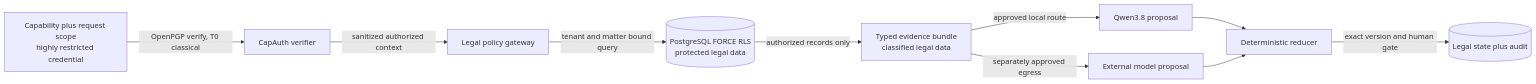
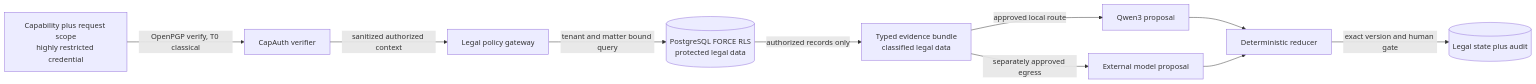
The third of 4 diagrams in SOP.md (jarvis1openclaw/skcapstone), drawn with Mermaid before and after one commit. The commit also changed other lines of this file and 21 other files, not shown here.

````diff
--- a/SOP.md
+++ b/SOP.md
@@ -116,12 +116,12 @@
 ```mermaid
 flowchart LR
     Request[Capability plus request scope<br/>highly restricted credential] -->|OpenPGP verify, T0 classical| Auth[CapAuth verifier]
     Auth -->|sanitized authorized context| Policy[Legal policy gateway]
     Policy -->|tenant and matter bound query| RLS[(PostgreSQL FORCE RLS<br/>protected legal data)]
     RLS -->|authorized records only| Bundle[Typed evidence bundle<br/>classified legal data]
-    Bundle -->|approved local route| Qwen[Qwen3.8 proposal]
+    Bundle -->|approved local route| Qwen[Qwen3 proposal]
     Bundle -->|separately approved egress| External[External model proposal]
     Qwen --> Reducer[Deterministic reducer]
     External --> Reducer
     Reducer -->|exact version and human gate| State[(Legal state plus audit)]
 ```
````
